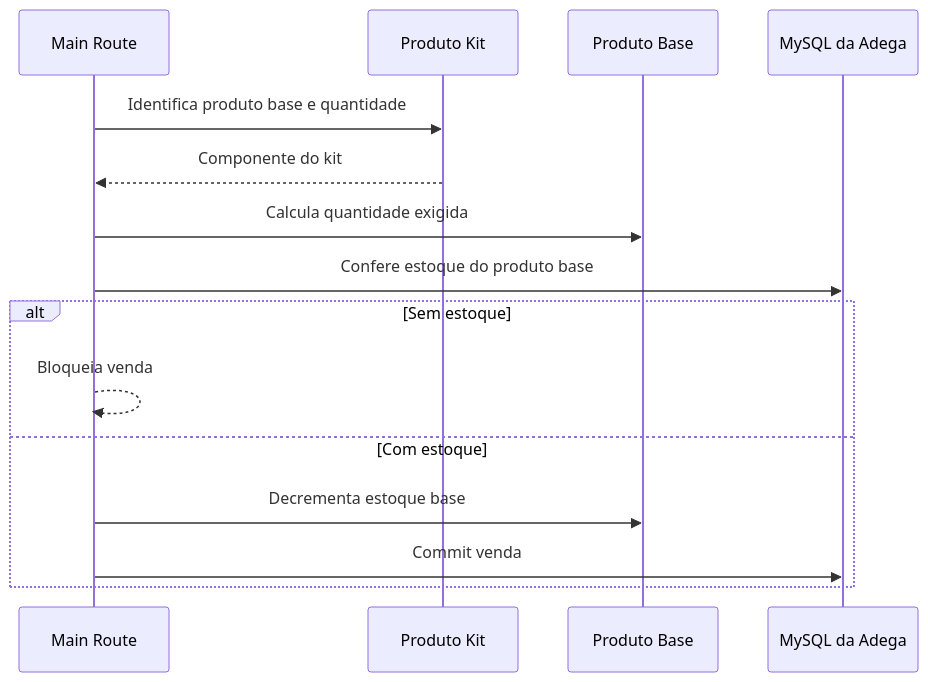
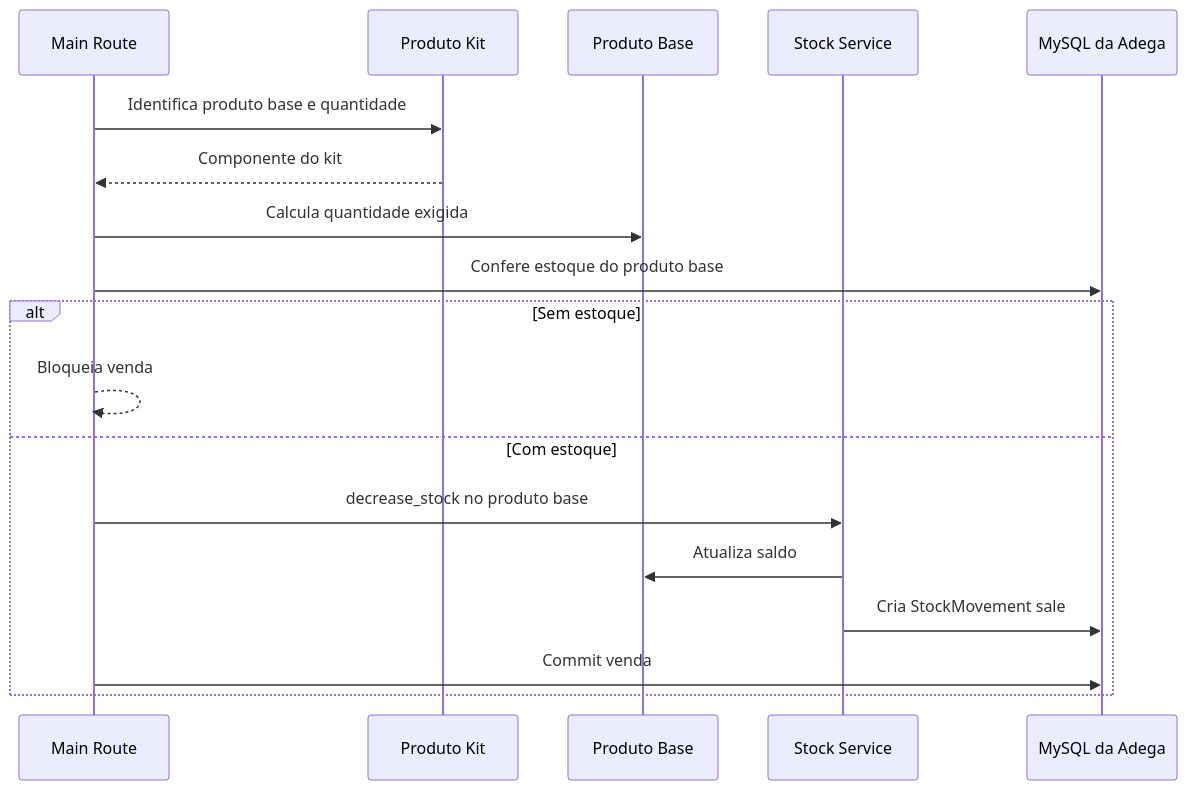
One commit to RafaelBG7/pdv2026 changed the fourth of 7 diagrams in docs/20-diagrama-sequencia.md. Above: the diagram before and after it, drawn with Mermaid. The commit also changed other lines of this file and 64 other files, not shown here.

````diff
--- a/docs/20-diagrama-sequencia.md
+++ b/docs/20-diagrama-sequencia.md
@@ -76,17 +81,20 @@
 ```mermaid
 sequenceDiagram
     participant R as Main Route
     participant K as Produto Kit
     participant P as Produto Base
+    participant S as Stock Service
     participant D as MySQL da Adega
     R->>K: Identifica produto base e quantidade
     K-->>R: Componente do kit
     R->>P: Calcula quantidade exigida
     R->>D: Confere estoque do produto base
     alt Sem estoque
         R-->>R: Bloqueia venda
     else Com estoque
-        R->>P: Decrementa estoque base
+        R->>S: decrease_stock no produto base
+        S->>P: Atualiza saldo
+        S->>D: Cria StockMovement sale
         R->>D: Commit venda
     end
 ```
````
